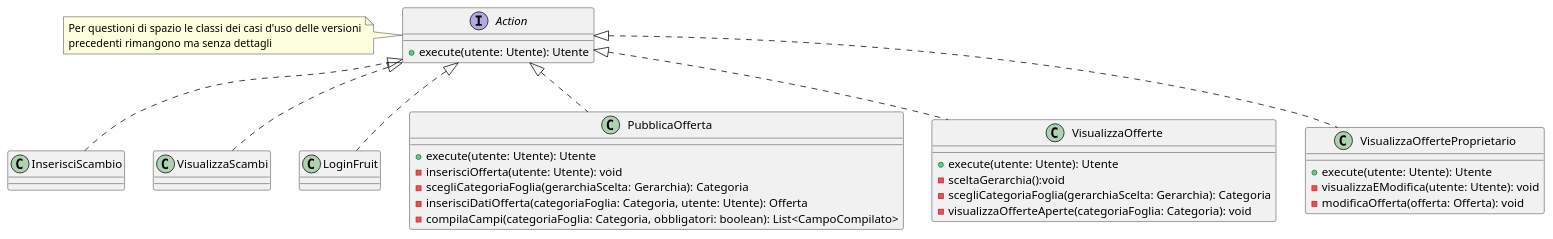
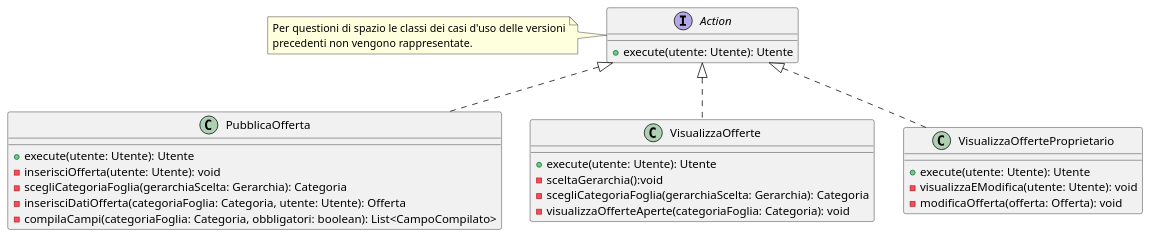
One commit to bernagit/IngegneriaSoftware changed the diagram in Documentation/Ver3/controller.puml. Above: the diagram before and after it, drawn with PlantUML. The commit also changed 14 other files, not shown here.

```diff
--- a/Documentation/Ver3/controller.puml
+++ b/Documentation/Ver3/controller.puml
@@ -1,39 +1,33 @@
 @startuml controller
 
 interface Action{
     +execute(utente: Utente): Utente
 }
 
 note left of Action
     Per questioni di spazio le classi dei casi d'uso delle versioni
-    precedenti rimangono ma senza dettagli
+    precedenti non vengono rappresentate.
 endnote
-
-class InserisciScambio implements Action{}
-
-class VisualizzaScambi implements Action{}
-
-class LoginFruit implements Action{}
 
 class PubblicaOfferta implements Action{
     +execute(utente: Utente): Utente
     -inserisciOfferta(utente: Utente): void
     -scegliCategoriaFoglia(gerarchiaScelta: Gerarchia): Categoria
     -inserisciDatiOfferta(categoriaFoglia: Categoria, utente: Utente): Offerta
     -compilaCampi(categoriaFoglia: Categoria, obbligatori: boolean): List<CampoCompilato>
 }
 
 class VisualizzaOfferte implements Action{
     +execute(utente: Utente): Utente
     -sceltaGerarchia():void
     -scegliCategoriaFoglia(gerarchiaScelta: Gerarchia): Categoria
     -visualizzaOfferteAperte(categoriaFoglia: Categoria): void
 }
 
 class VisualizzaOfferteProprietario implements Action{
     +execute(utente: Utente): Utente
     -visualizzaEModifica(utente: Utente): void
     -modificaOfferta(offerta: Offerta): void
 }
 
 @enduml
```
